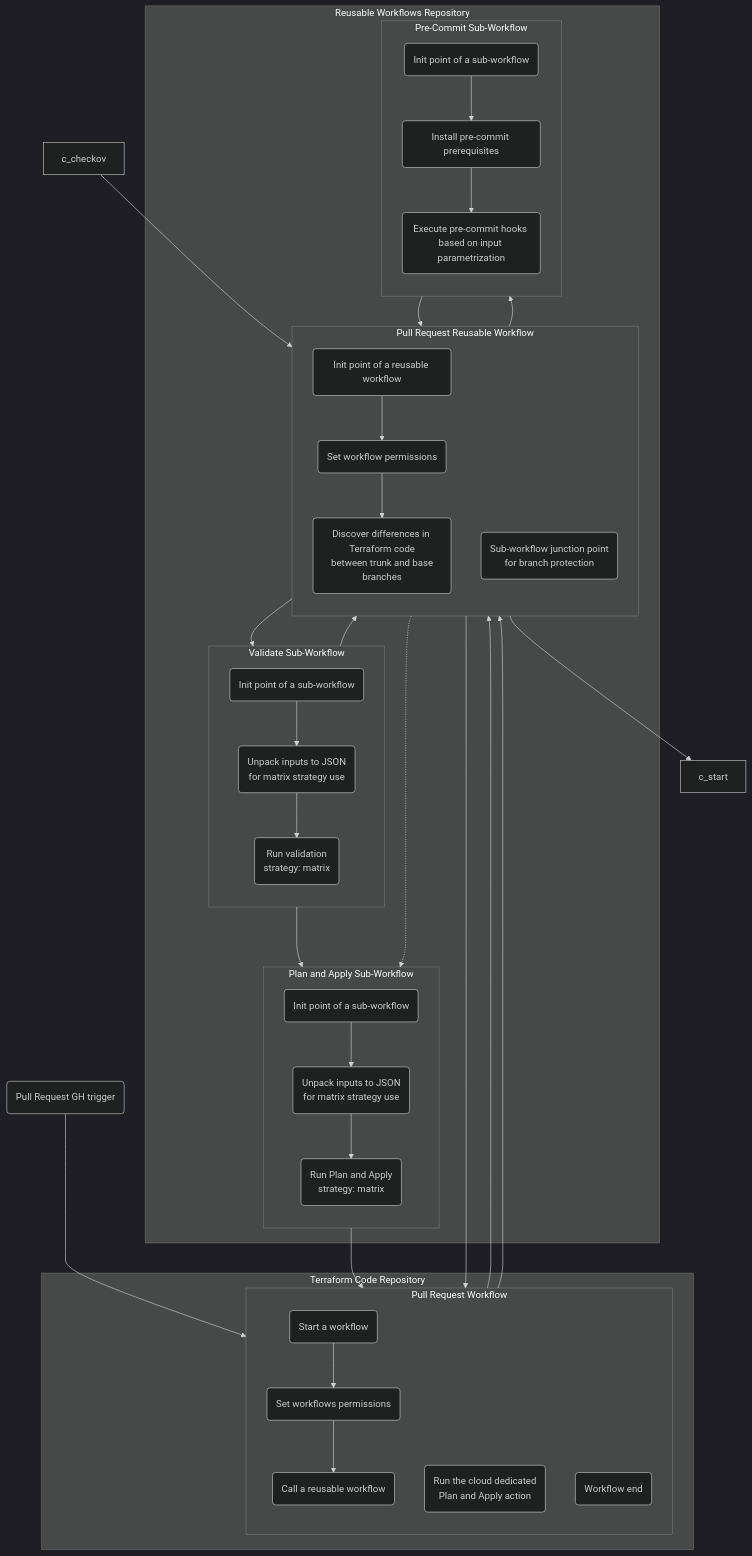
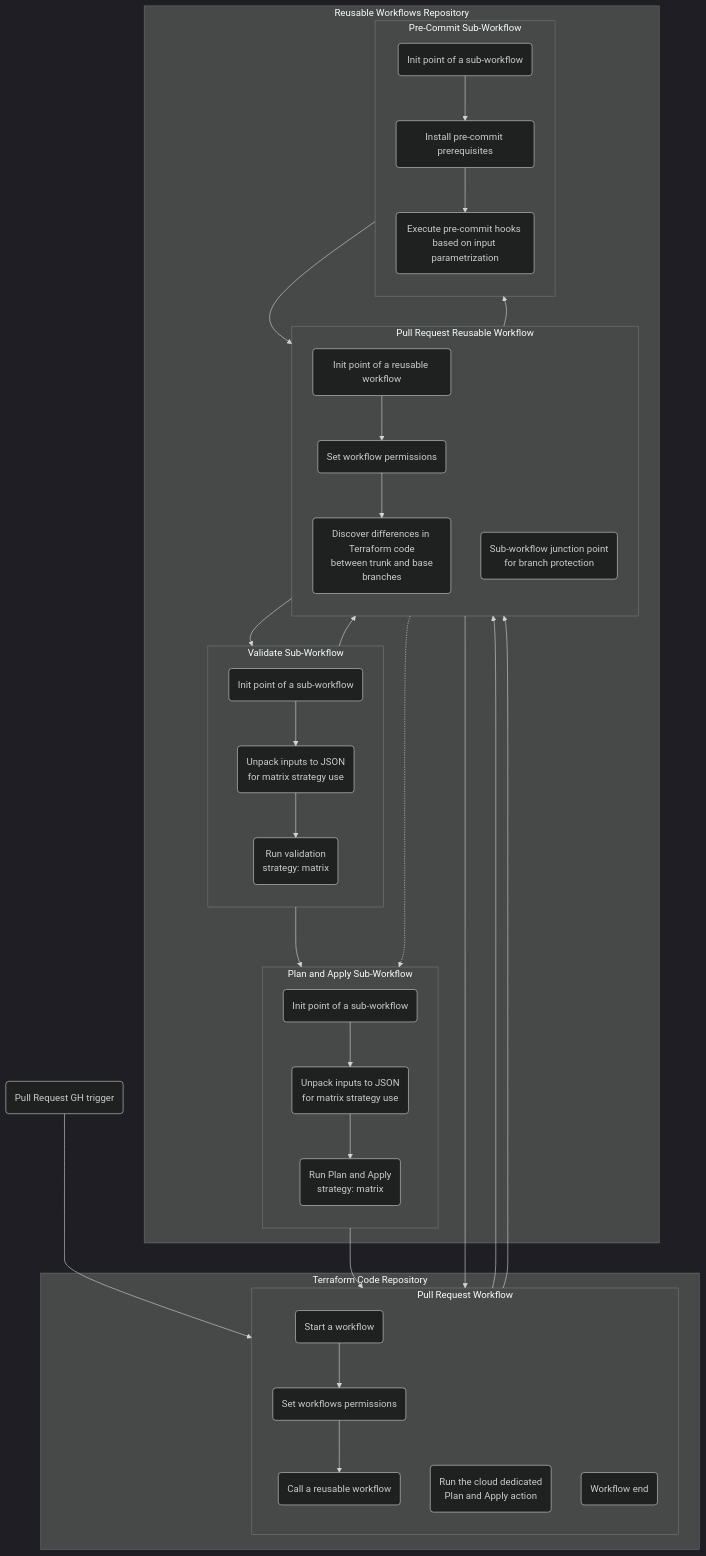
Before and after one commit to zscaler/terraform-modules-zscaler-ci-workflows: the second of 2 diagrams in README.md, drawn with Mermaid (dark theme). The commit also changed 8 other files, not shown here.

````diff
--- a/README.md
+++ b/README.md
@@ -51,51 +51,49 @@
 ```mermaid
 flowchart
   trig(Pull Request GH trigger) --> t_start
   subgraph Terraform Code Repository
     subgraph T [Pull Request Workflow]
         direction TB
         t_start(Start a workflow)-->t_init(Set workflows permissions)
         t_init-->t_call(Call a reusable workflow)
         t_apply_action(Run the cloud dedicated\nPlan and Apply action)
         t_stop(Workflow end)
     end
   end
   subgraph Reusable Workflows Repository
     subgraph G [Pull Request Reusable Workflow]
         direction TB
         g_start(Init point of a reusable workflow)-->g_init(Set workflow permissions)
         g_init-->g_diff(Discover differences in Terraform code\n between trunk and base branches)
         g_junction(Sub-workflow junction point\nfor branch protection)
     end
     subgraph V [Validate Sub-Workflow]
         direction TB
         v_start(Init point of a sub-workflow)-->v_unpack(Unpack inputs to JSON\nfor matrix strategy use)
         v_unpack-->v_validate(Run validation\nstrategy: matrix)
     end
     subgraph A [Plan and Apply Sub-Workflow]
         direction TB
         a_start(Init point of a sub-workflow)-->a_unpack(Unpack inputs to JSON\nfor matrix strategy use)
         a_unpack-->a_apply(Run Plan and Apply\nstrategy: matrix)
     end
     subgraph P [Pre-Commit Sub-Workflow]
         direction TB
         p_start(Init point of a sub-workflow)-->p_prereq(Install pre-commit prerequisites)
         p_prereq-->p_pre_commit(Execute pre-commit hooks based on input parametrization)
     end
   end
   t_call-->g_start
   g_diff-->v_start
   g_diff-...->a_start
   g_init-->p_start
-  g_init-->c_start
 
   v_validate-->a_start
 
   a_apply-->t_apply_action
 
   t_apply_action-->g_junction
   p_pre_commit-->g_junction
-  c_checkov-->g_junction
   v_validate-->g_junction
   g_junction-->t_stop
 ```
````
